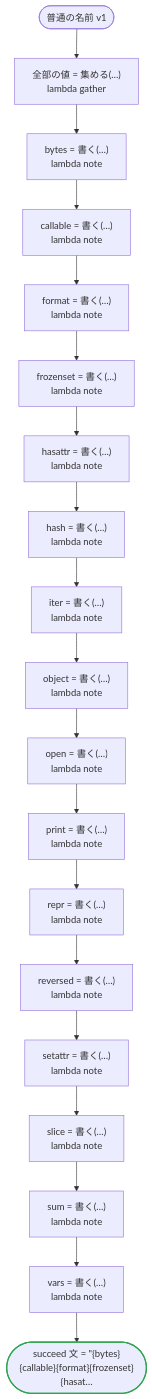
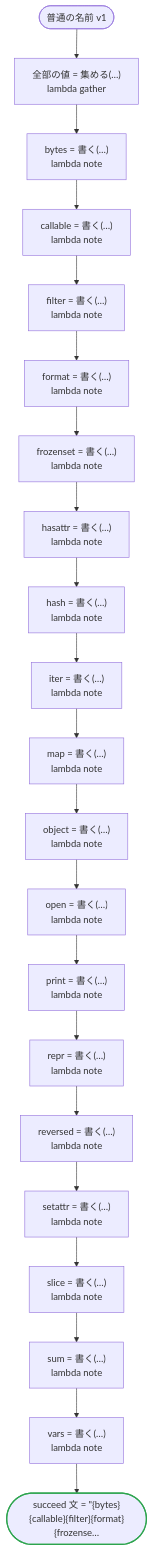
One commit to i2y/ritsu changed the diagram in crates/dandori/tests/doc/tests-flows-plain_names-ja.ja.md. Above: the diagram before and after it, drawn with Mermaid. The commit also changed other lines of this file and 17 other files, not shown here.

````diff
--- a/crates/dandori/tests/doc/tests-flows-plain_names-ja.ja.md
+++ b/crates/dandori/tests/doc/tests-flows-plain_names-ja.ja.md
@@ -9,43 +9,47 @@
 ```mermaid
 flowchart TD
     start(["普通の名前 v1"])
     s1["全部の値 = 集める(…)<br>lambda gather"]
     s2["bytes = 書く(…)<br>lambda note"]
     s3["callable = 書く(…)<br>lambda note"]
-    s4["format = 書く(…)<br>lambda note"]
-    s5["frozenset = 書く(…)<br>lambda note"]
-    s6["hasattr = 書く(…)<br>lambda note"]
-    s7["hash = 書く(…)<br>lambda note"]
-    s8["iter = 書く(…)<br>lambda note"]
-    s9["object = 書く(…)<br>lambda note"]
-    s10["open = 書く(…)<br>lambda note"]
-    s11["print = 書く(…)<br>lambda note"]
-    s12["repr = 書く(…)<br>lambda note"]
-    s13["reversed = 書く(…)<br>lambda note"]
-    s14["setattr = 書く(…)<br>lambda note"]
-    s15["slice = 書く(…)<br>lambda note"]
-    s16["sum = 書く(…)<br>lambda note"]
-    s17["vars = 書く(…)<br>lambda note"]
-    s18(["succeed 文 = #quot;{bytes}{callable}{format}{frozenset}{hasat…"])
+    s4["filter = 書く(…)<br>lambda note"]
+    s5["format = 書く(…)<br>lambda note"]
+    s6["frozenset = 書く(…)<br>lambda note"]
+    s7["hasattr = 書く(…)<br>lambda note"]
+    s8["hash = 書く(…)<br>lambda note"]
+    s9["iter = 書く(…)<br>lambda note"]
+    s10["map = 書く(…)<br>lambda note"]
+    s11["object = 書く(…)<br>lambda note"]
+    s12["open = 書く(…)<br>lambda note"]
+    s13["print = 書く(…)<br>lambda note"]
+    s14["repr = 書く(…)<br>lambda note"]
+    s15["reversed = 書く(…)<br>lambda note"]
+    s16["setattr = 書く(…)<br>lambda note"]
+    s17["slice = 書く(…)<br>lambda note"]
+    s18["sum = 書く(…)<br>lambda note"]
+    s19["vars = 書く(…)<br>lambda note"]
+    s20(["succeed 文 = #quot;{bytes}{callable}{filter}{format}{frozense…"])
     start --> s1
     s1 --> s2
     s2 --> s3
     s3 --> s4
     s4 --> s5
     s5 --> s6
     s6 --> s7
     s7 --> s8
     s8 --> s9
     s9 --> s10
     s10 --> s11
     s11 --> s12
     s12 --> s13
     s13 --> s14
     s14 --> s15
     s15 --> s16
     s16 --> s17
     s17 --> s18
+    s18 --> s19
+    s19 --> s20
     classDef ok stroke:#2da44e,stroke-width:2px
     classDef bad stroke:#cf222e,stroke-width:2px
-    class s18 ok
+    class s20 ok
 ```
````
